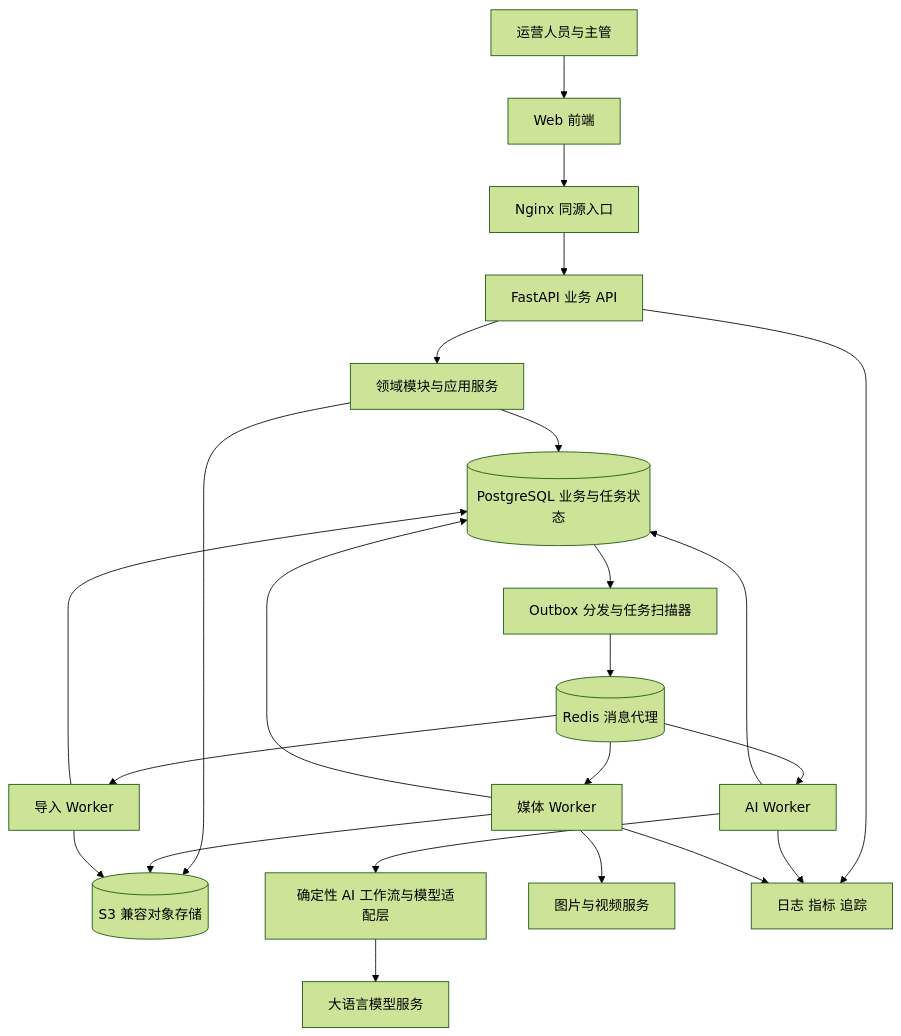
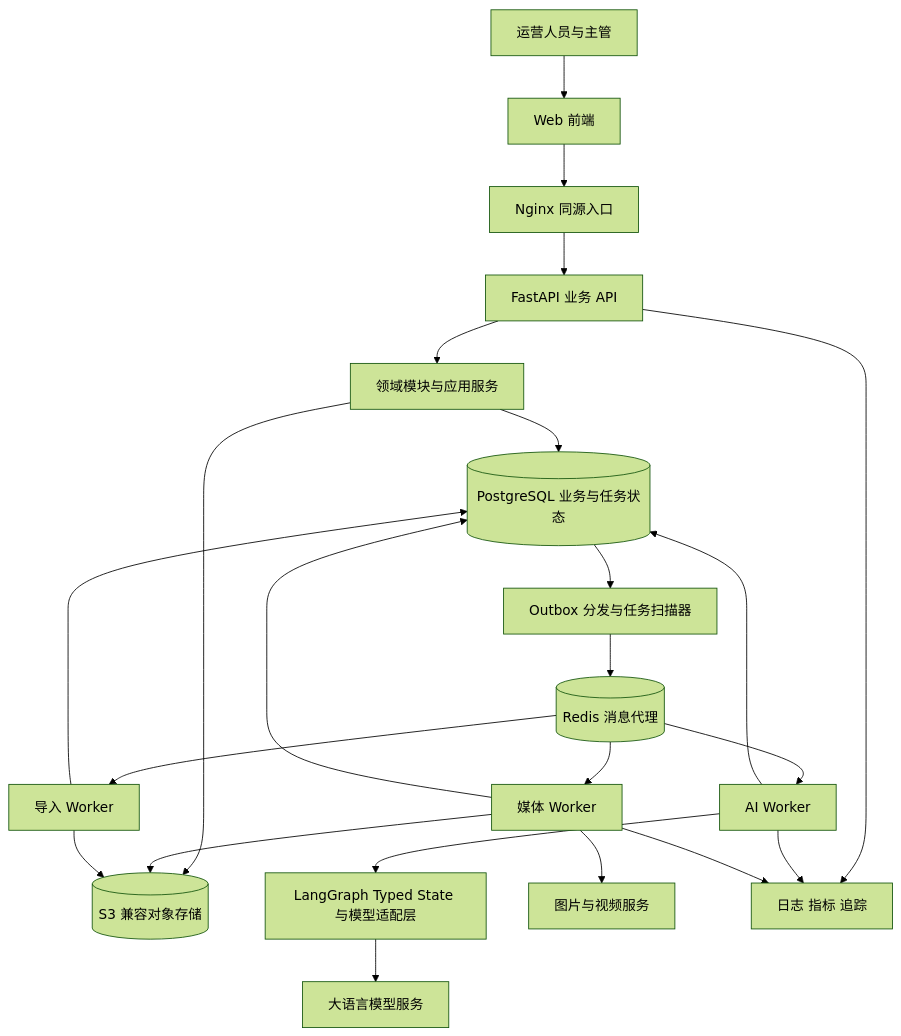
The first of 5 diagrams in 电商运营助手架构设计文档.md (feihu0608/e_commerce_operations_copilot), drawn with Mermaid (forest theme) before and after one commit. The commit also changed other lines of this file and 50 other files, not shown here.

Commit message:
feat: restore LangGraph architecture and enforce module boundaries

````diff
--- a/电商运营助手架构设计文档.md
+++ b/电商运营助手架构设计文档.md
@@ -49,25 +49,25 @@
 ```mermaid
 flowchart TB
     U[运营人员与主管] --> WEB[Web 前端]
     WEB --> GW[Nginx 同源入口]
     GW --> API[FastAPI 业务 API]
     API --> MOD[领域模块与应用服务]
     MOD --> DB[(PostgreSQL 业务与任务状态)]
     MOD --> OBJ[(S3 兼容对象存储)]
     DB --> DIS[Outbox 分发与任务扫描器]
     DIS --> REDIS[(Redis 消息代理)]
     REDIS --> AI[AI Worker]
     REDIS --> MEDIA[媒体 Worker]
     REDIS --> IMPORT[导入 Worker]
-    AI --> GRAPH[确定性 AI 工作流与模型适配层]
+    AI --> GRAPH[LangGraph Typed State 与模型适配层]
     GRAPH --> LLM[大语言模型服务]
     MEDIA --> PROVIDER[图片与视频服务]
     AI --> DB
     MEDIA --> DB
     IMPORT --> DB
     MEDIA --> OBJ
     IMPORT --> OBJ
     API --> OBS[日志 指标 追踪]
     AI --> OBS
     MEDIA --> OBS
 ```
````
